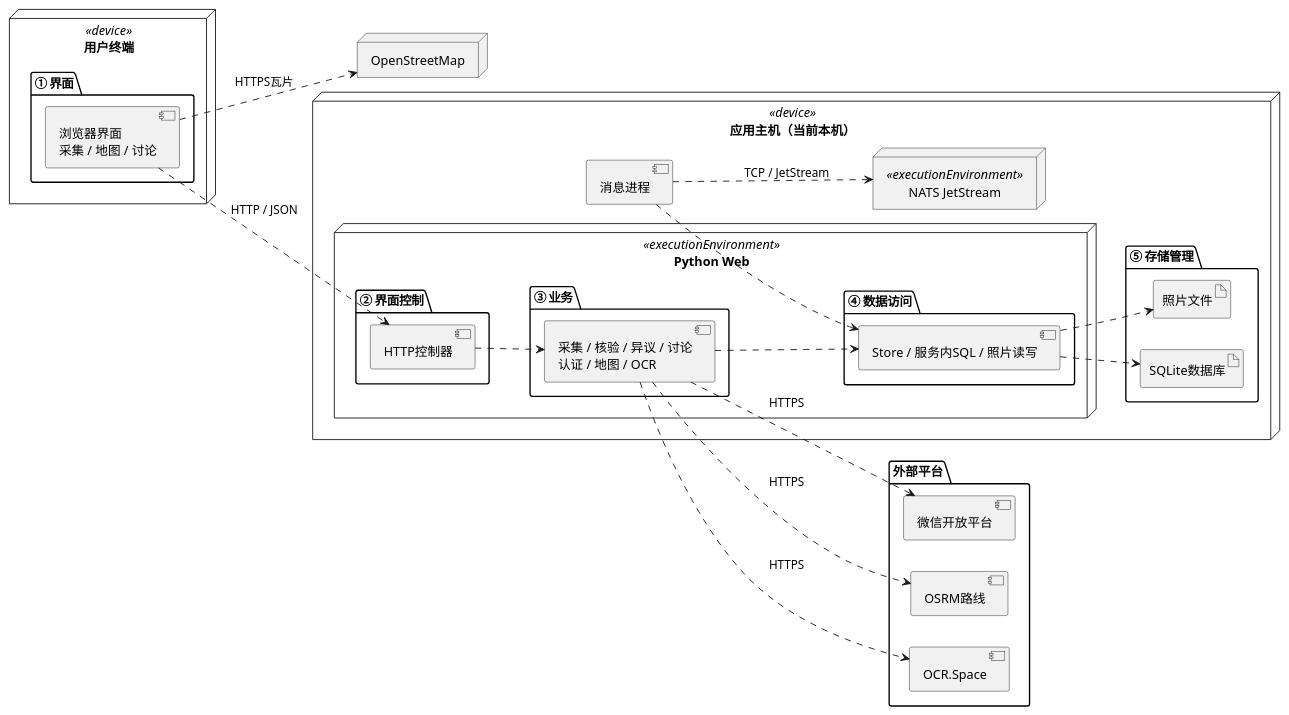
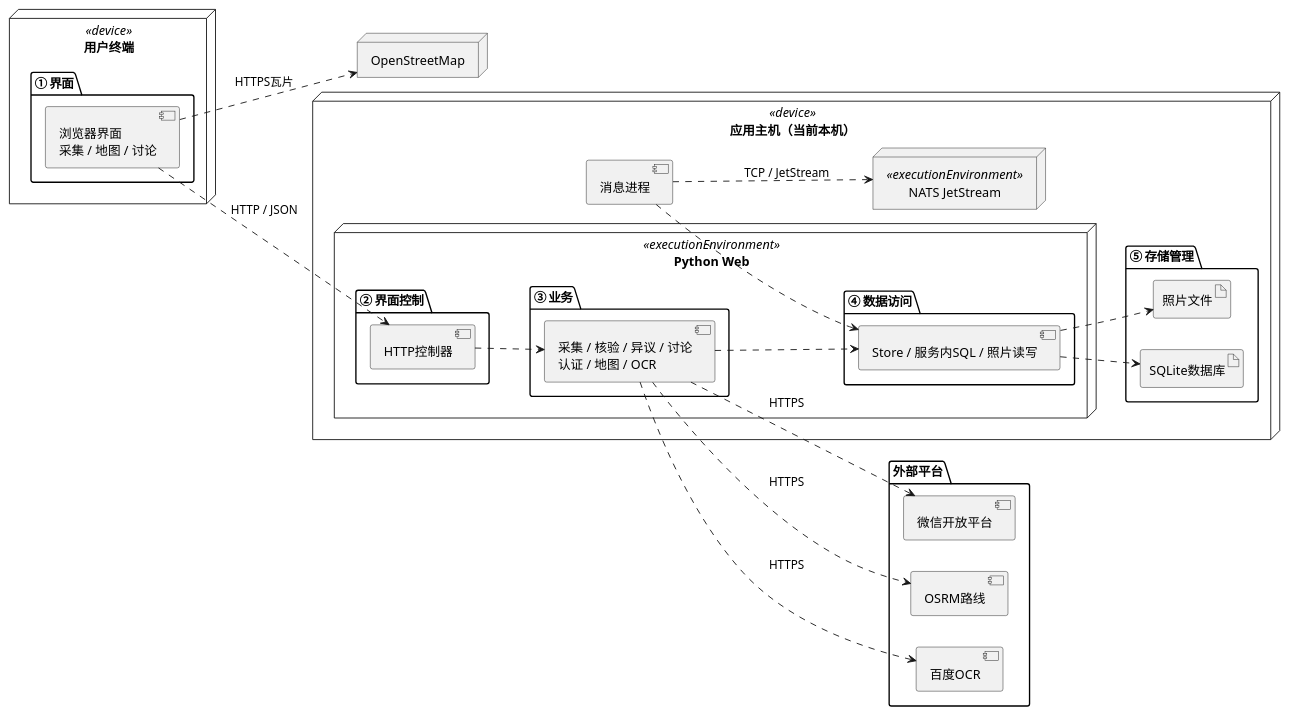
The diagram in docs/diagrams/system-components.puml (Florian-yang/mapqc-sadp-practice), drawn with PlantUML before and after one commit. The commit also changed 28 other files, not shown here.

```diff
--- a/docs/diagrams/system-components.puml
+++ b/docs/diagrams/system-components.puml
@@ -1,47 +1,47 @@
 @startuml
 skinparam componentStyle uml2
 skinparam shadowing false
 skinparam defaultFontName Microsoft YaHei
 left to right direction
 node "用户终端" <<device>> {
   package "① 界面" {
     component "浏览器界面\n采集 / 地图 / 讨论" as UI
   }
 }
 node "应用主机（当前本机）" <<device>> {
   node "Python Web" <<executionEnvironment>> {
     package "② 界面控制" {
       component "HTTP控制器" as HTTP
     }
     package "③ 业务" {
       component "采集 / 核验 / 异议 / 讨论\n认证 / 地图 / OCR" as Business
     }
     package "④ 数据访问" {
       component "Store / 服务内SQL / 照片读写" as Access
     }
   }
   component "消息进程" as Msg
   node "NATS JetStream" <<executionEnvironment>> as MQ
   package "⑤ 存储管理" {
     artifact "SQLite数据库" as DB
     artifact "照片文件" as Photo
   }
 }
 package "外部平台" {
   component "微信开放平台" as WX
   component "OSRM路线" as OSRM
-  component "OCR.Space" as OCR
+  component "百度OCR" as OCR
 }
 node "OpenStreetMap" as OSM
 UI ..> HTTP : HTTP / JSON
 UI ..> OSM : HTTPS瓦片
 HTTP ..> Business
 Business ..> Access
 Business ..> WX : HTTPS
 Business ..> OSRM : HTTPS
 Business ..> OCR : HTTPS
 Access ..> DB
 Access ..> Photo
 Msg ..> Access
 Msg ..> MQ : TCP / JetStream
 @enduml
```
